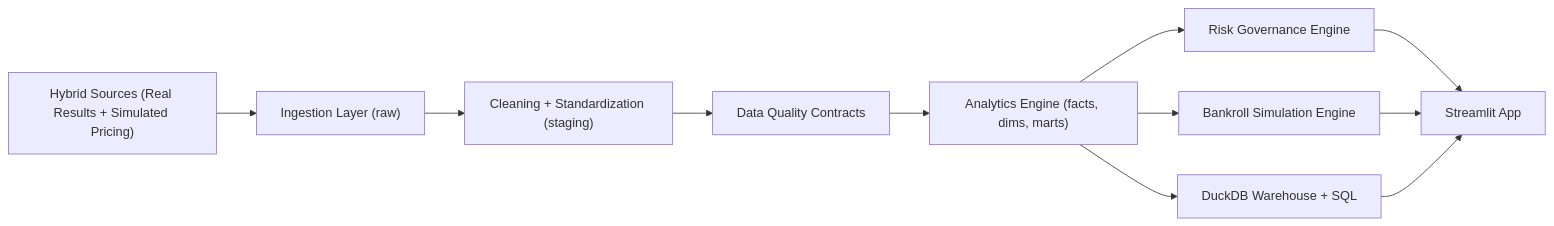
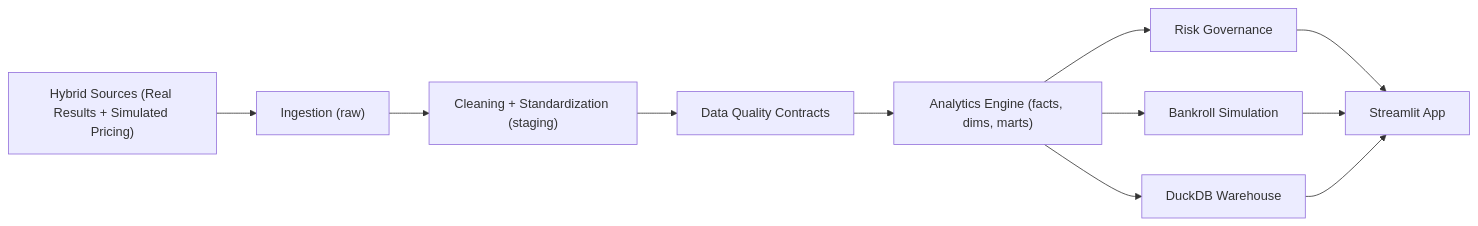
Before and after one commit to george-gioseffi/sports-betting: the diagram in README.md, drawn with Mermaid. The commit also changed other lines of this file and 64 other files, not shown here.

````diff
--- a/README.md
+++ b/README.md
@@ -36,13 +42,13 @@
 ```mermaid
 flowchart LR
-    A["Hybrid Sources (Real Results + Simulated Pricing)"] --> B["Ingestion Layer (raw)"]
+    A["Hybrid Sources (Real Results + Simulated Pricing)"] --> B["Ingestion (raw)"]
     B --> C["Cleaning + Standardization (staging)"]
     C --> D["Data Quality Contracts"]
     D --> E["Analytics Engine (facts, dims, marts)"]
-    E --> F["Risk Governance Engine"]
-    E --> G["Bankroll Simulation Engine"]
-    E --> H["DuckDB Warehouse + SQL"]
+    E --> F["Risk Governance"]
+    E --> G["Bankroll Simulation"]
+    E --> H["DuckDB Warehouse"]
     F --> I["Streamlit App"]
     G --> I
     H --> I
 ```
````
